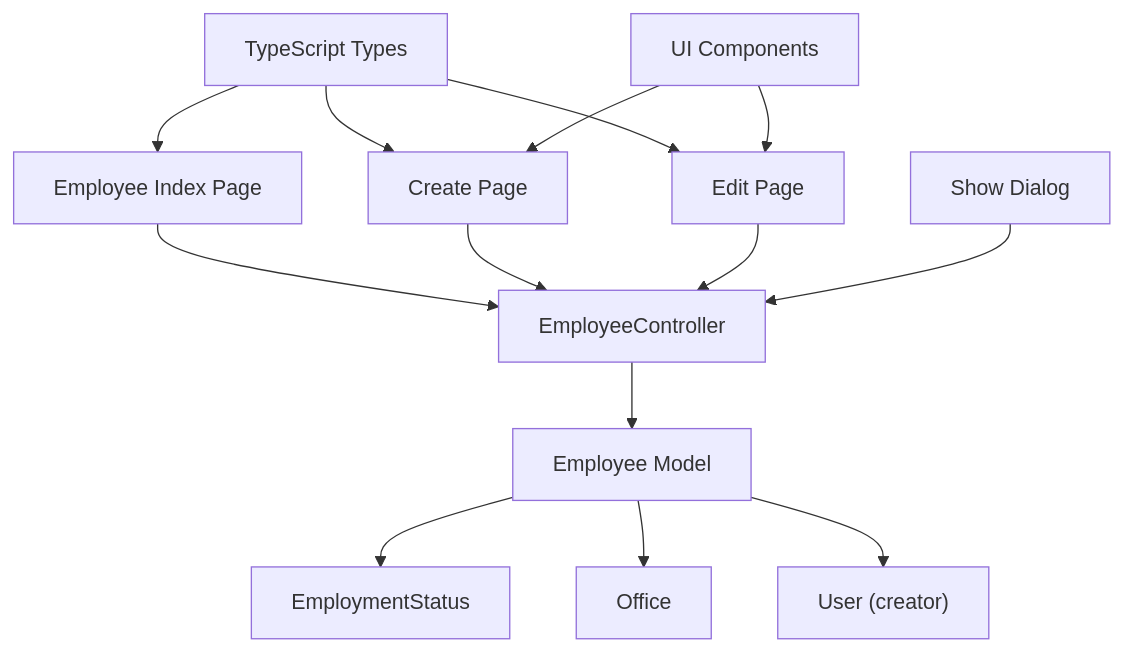
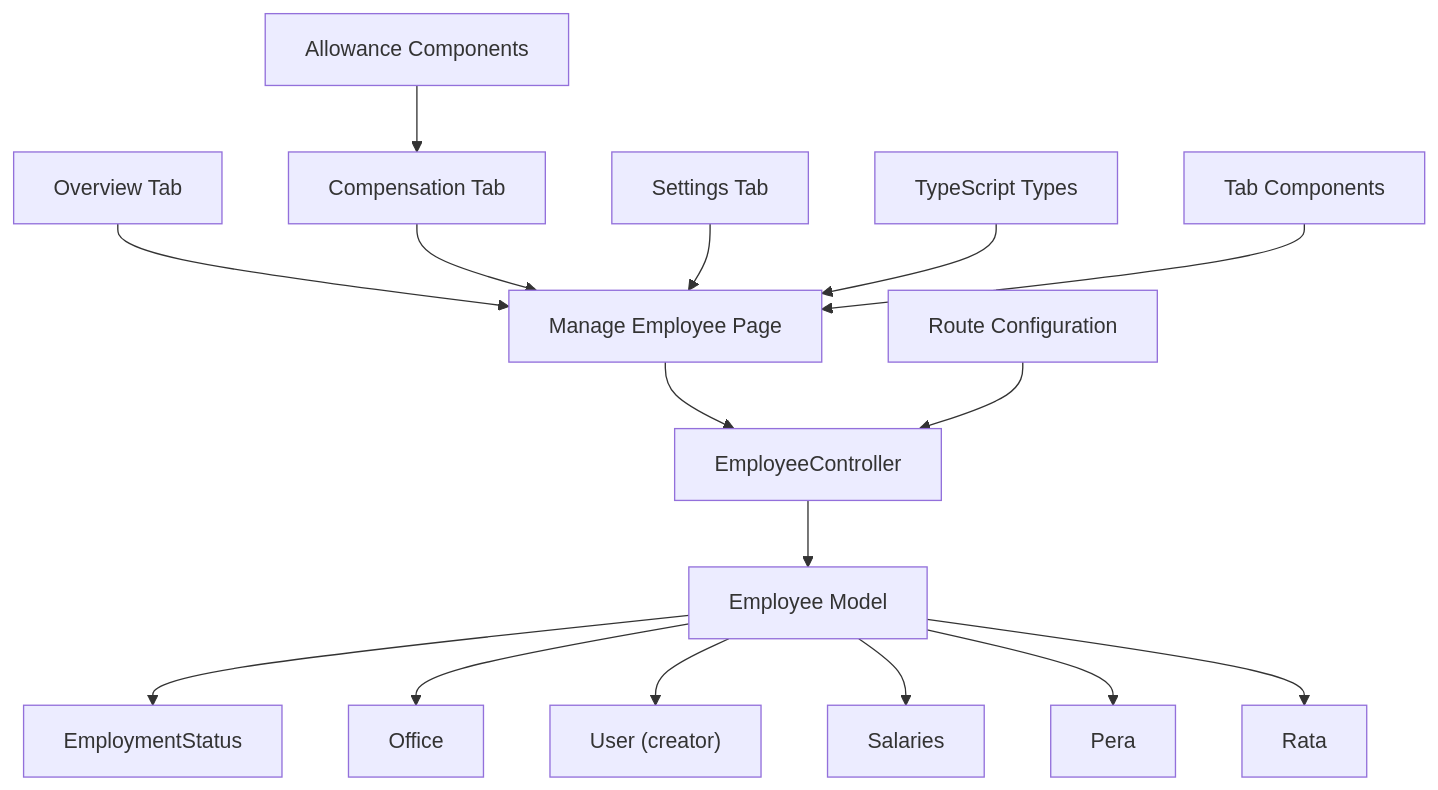
Before and after one commit to vincet0t15/template: the eighth of 8 diagrams in .qoder/repowiki/en/content/Employee Management/Employee Management.md, drawn with Mermaid. The commit also changed other lines of this file and 7 other files, not shown here.

````diff
--- a/.qoder/repowiki/en/content/Employee Management/Employee Management.md
+++ b/.qoder/repowiki/en/content/Employee Management/Employee Management.md
@@ -365,16 +514,18 @@
 ```mermaid
 graph TB
 CTRL["EmployeeController"] --> MODEL["Employee Model"]
 MODEL --> REL1["EmploymentStatus"]
 MODEL --> REL2["Office"]
 MODEL --> REL3["User (creator)"]
-FE_IDX["Employee Index Page"] --> CTRL
-FE_CREATE["Create Page"] --> CTRL
-FE_EDIT["Edit Page"] --> CTRL
-FE_SHOW["Show Dialog"] --> CTRL
-TYPES["TypeScript Types"] --> FE_IDX
-TYPES --> FE_CREATE
-TYPES --> FE_EDIT
-UI_COMP["UI Components"] --> FE_CREATE
-UI_COMP --> FE_EDIT
+MODEL --> REL4["Salaries"]
+MODEL --> REL5["Pera"]
+MODEL --> REL6["Rata"]
+FE_MANAGE["Manage Employee Page"] --> CTRL
+FE_OVERVIEW["Overview Tab"] --> FE_MANAGE
+FE_COMPENSATION["Compensation Tab"] --> FE_MANAGE
+FE_SETTINGS["Settings Tab"] --> FE_MANAGE
+TYPES["TypeScript Types"] --> FE_MANAGE
+UI_TABS["Tab Components"] --> FE_MANAGE
+UI_ALLOWANCE["Allowance Components"] --> FE_COMPENSATION
+ROUTES["Route Configuration"] --> CTRL
 ```
````
